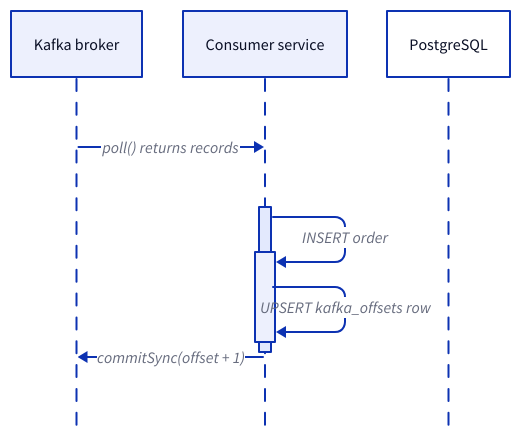
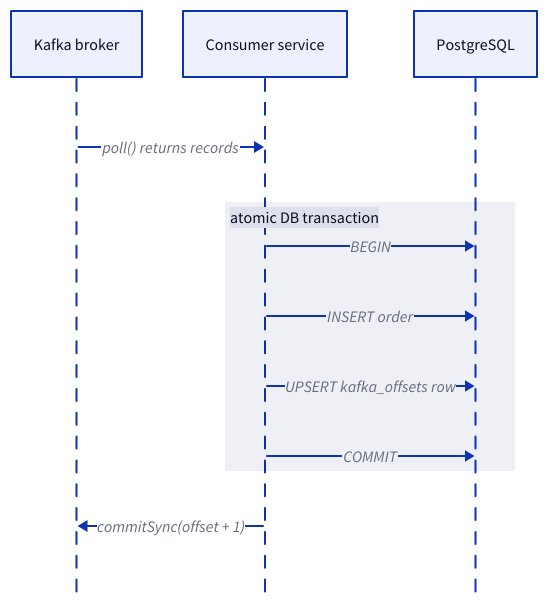
Before and after one commit to dlouwers/dlouwers.github.io: the diagram in src/content/posts/2026-05-10-transactional-consumer-pattern-kafka-postgresql.md, drawn with D2.

Commit message:
post(transactional-consumer): redo D2 with explicit BEGIN/COMMIT to PostgreSQL
The previous span-based diagram drew INSERT/UPSERT as self-arrows on
the consumer lifeline — Postgres never appeared in the message flow,
and the transaction boundary was implicit (just a bar).

Switch to D2 group syntax with explicit BEGIN/COMMIT messages so:
- Every message inside the transaction crosses the consumer lifeline
  to the Postgres lifeline (Postgres is now actually involved).
- The transaction's start and end are first-class messages, not
  inferred from a bar's extent.
- The labelled "atomic DB transaction" group box visualises the
  atomicity boundary.

````diff
--- a/src/content/posts/2026-05-10-transactional-consumer-pattern-kafka-postgresql.md
+++ b/src/content/posts/2026-05-10-transactional-consumer-pattern-kafka-postgresql.md
@@ -27,16 +27,18 @@
-```d2 Sequence: poll, then both writes inside one PostgreSQL transaction, then commit the offset back to the broker.
+```d2 Sequence: poll, then both writes inside one PostgreSQL transaction the consumer opens and commits, then commit the offset back to the broker.
 shape: sequence_diagram
 
 broker: Kafka broker
 consumer: Consumer service
 db: PostgreSQL
 
-broker -> consumer: poll() returns records
+broker -> consumer: "poll() returns records"
 
-consumer.txn: atomic DB transaction {
-  consumer.txn -> db: INSERT order
-  consumer.txn -> db: UPSERT kafka_offsets row
+"atomic DB transaction": {
+  consumer -> db: BEGIN
+  consumer -> db: "INSERT order"
+  consumer -> db: "UPSERT kafka_offsets row"
+  consumer -> db: COMMIT
 }
 
-consumer -> broker: commitSync(offset + 1)
+consumer -> broker: "commitSync(offset + 1)"
 ```
````
